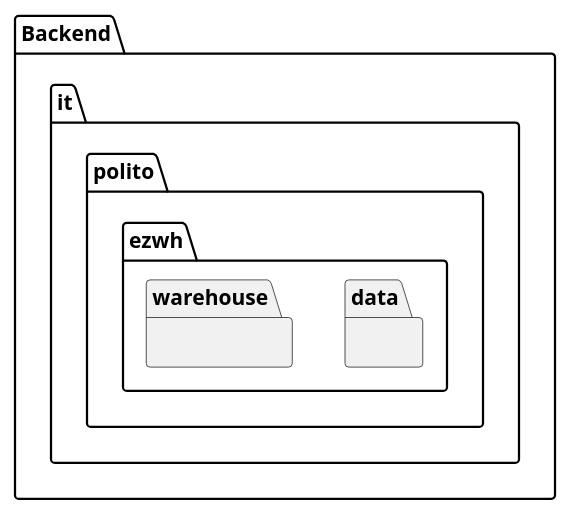
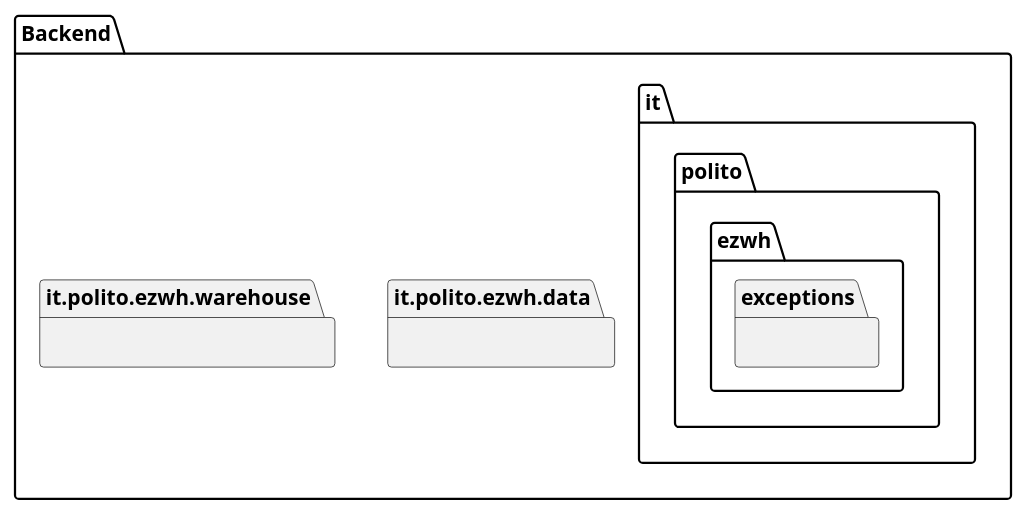
One commit to kevinmascitti/Warehouse-management-software changed the second of 29 diagrams in DesignDocument.md. Above: the diagram before and after it, drawn with PlantUML. The commit also changed other lines of this file, not shown here.

````diff
--- a/DesignDocument.md
+++ b/DesignDocument.md
@@ -54,12 +54,17 @@
 ```plantuml
 @startuml
 package "Backend" {
 
-package "it.polito.ezwh.data" {
+package "it.polito.ezwh.data" as data{
 }
 
-package "it.polito.ezwh.warehouse" {
+package "it.polito.ezwh.warehouse" as warehouse{
 
 }
 
+package "it.polito.ezwh.exceptions" {
+
+}
+
+}
 ```
````
